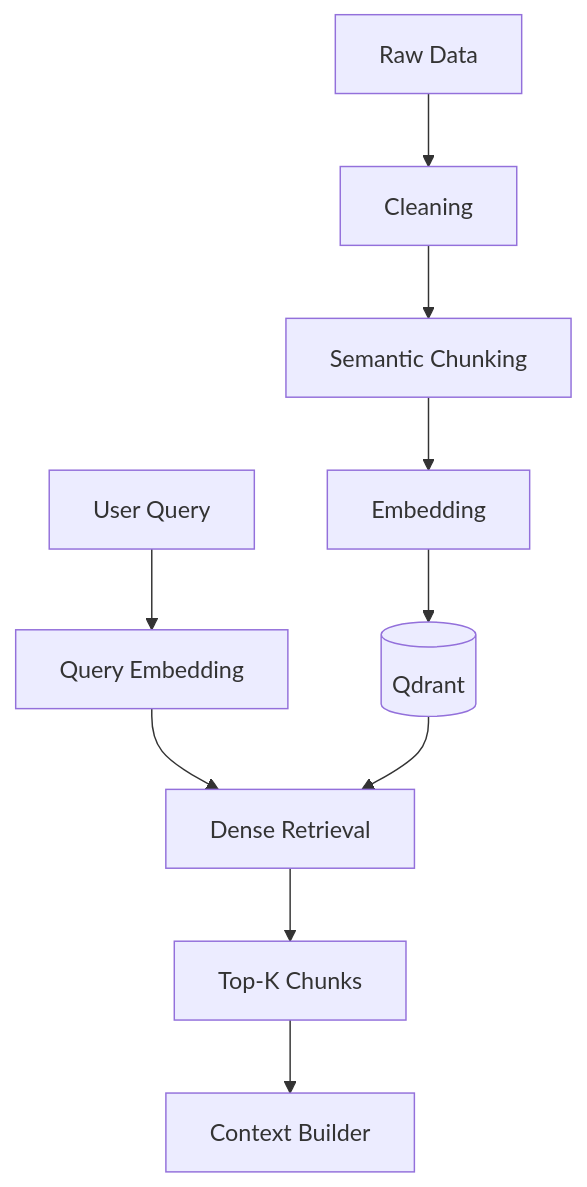
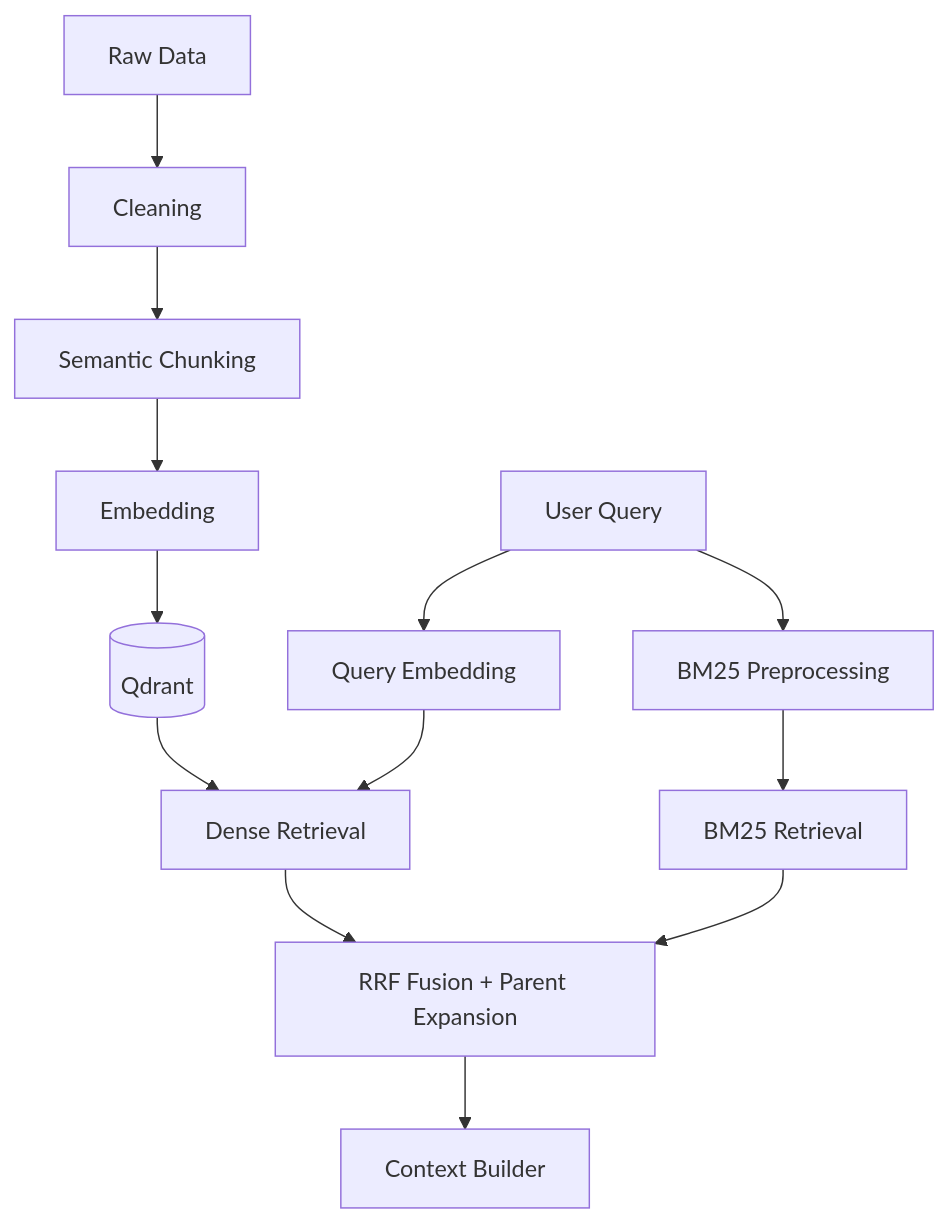
Before and after one commit to parhammm13/persian-cultural-rag-agent: the diagram in README.md, drawn with Mermaid. The commit also changed other lines of this file and 2 other files, not shown here.

Commit message:
Hybrid Retrieval Done.

````diff
--- a/README.md
+++ b/README.md
@@ -11,13 +11,16 @@
 ```mermaid
 graph TD
     A[Raw Data] --> B[Cleaning]
     B --> C[Semantic Chunking]
     C --> D[Embedding]
     D --> E[(Qdrant)]
 
-    F[User Query] --> G[Query Embedding]
-    G --> H[Dense Retrieval]
-    E --> H
-    H --> I[Top-K Chunks]
+    F[User Query] --> G1[Query Embedding]
+    F --> G2[BM25 Preprocessing]
+    G1 --> H1[Dense Retrieval]
+    E --> H1
+    G2 --> H2[BM25 Retrieval]
+    H1 --> I[RRF Fusion + Parent Expansion]
+    H2 --> I
     I --> J[Context Builder]
 ```
````
